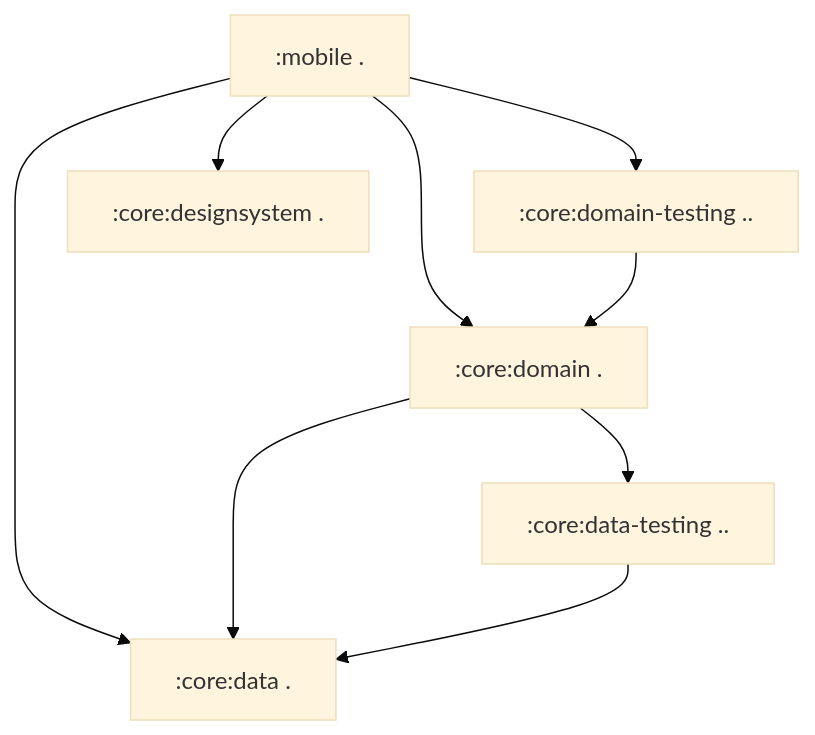
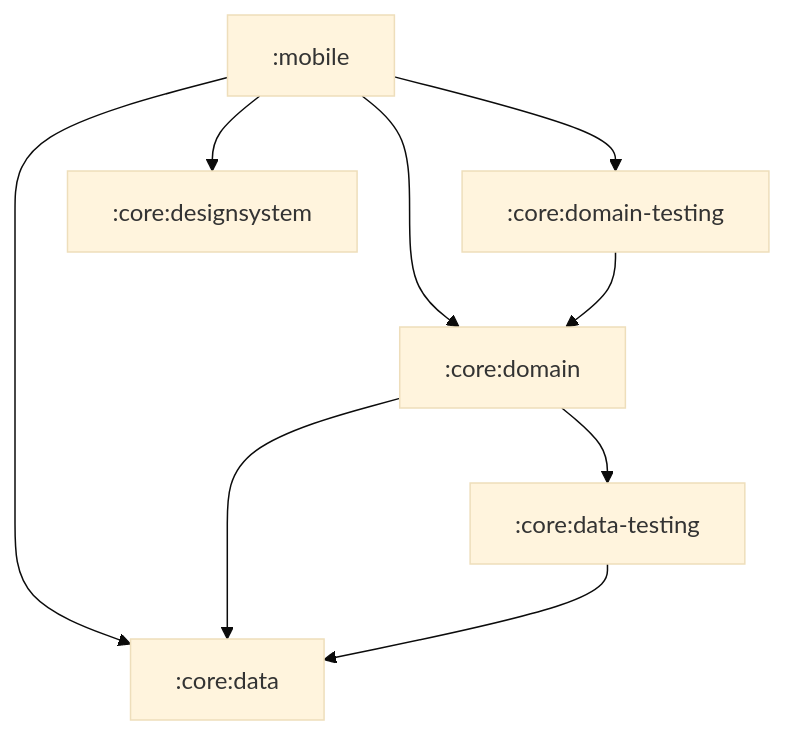
The first of 2 diagrams in topics/migrate-from-android.md (JetBrains/kotlin-multiplatform-dev-docs), drawn with Mermaid (base theme) before and after one commit. The commit also changed other lines of this file, not shown here.

Commit message:
fix: removing Mermaid workarounds as the rendering bug is fixed (#679)

````diff
--- a/topics/migrate-from-android.md
+++ b/topics/migrate-from-android.md
@@ -227,34 +227,34 @@
 ```mermaid
 flowchart TB
   %% Style for modules
   %% classDef Module fill:#e6f7ff,stroke:#0086c9,stroke-width:1px,color:#003a52
 
   %% Modules
-  M_MOBILE[":mobile ."]
-  M_CORE_DATA[":core:data ."]
-  M_CORE_DATA_TESTING[":core:data-testing .."]
-  M_CORE_DOMAIN[":core:domain ."]
-  M_CORE_DOMAIN_TESTING[":core:domain-testing .."]
-  M_CORE_DESIGNSYSTEM[":core:designsystem ."]
+  M_MOBILE[":mobile"]
+  M_CORE_DATA[":core:data"]
+  M_CORE_DATA_TESTING[":core:data-testing"]
+  M_CORE_DOMAIN[":core:domain"]
+  M_CORE_DOMAIN_TESTING[":core:domain-testing"]
+  M_CORE_DESIGNSYSTEM[":core:designsystem"]
 
   class M_MOBILE,M_CORE_DATA,M_CORE_DATA_TESTING,M_CORE_DOMAIN,M_CORE_DOMAIN_TESTING,M_CORE_DESIGNSYSTEM Module
 
   %% Internal dependencies between modules
   %% :mobile
   M_MOBILE --> M_CORE_DATA
   M_MOBILE --> M_CORE_DESIGNSYSTEM
   M_MOBILE --> M_CORE_DOMAIN
   M_MOBILE --> M_CORE_DOMAIN_TESTING
 
   %% :core:domain
   M_CORE_DOMAIN --> M_CORE_DATA
   M_CORE_DOMAIN --> M_CORE_DATA_TESTING
 
   %% :core:data-testing
   M_CORE_DATA_TESTING --> M_CORE_DATA
 
   %% :core:domain-testing
   M_CORE_DOMAIN_TESTING --> M_CORE_DOMAIN
 
   %% :core:designsystem and :core:data have no intra-project dependencies
 ```
````
